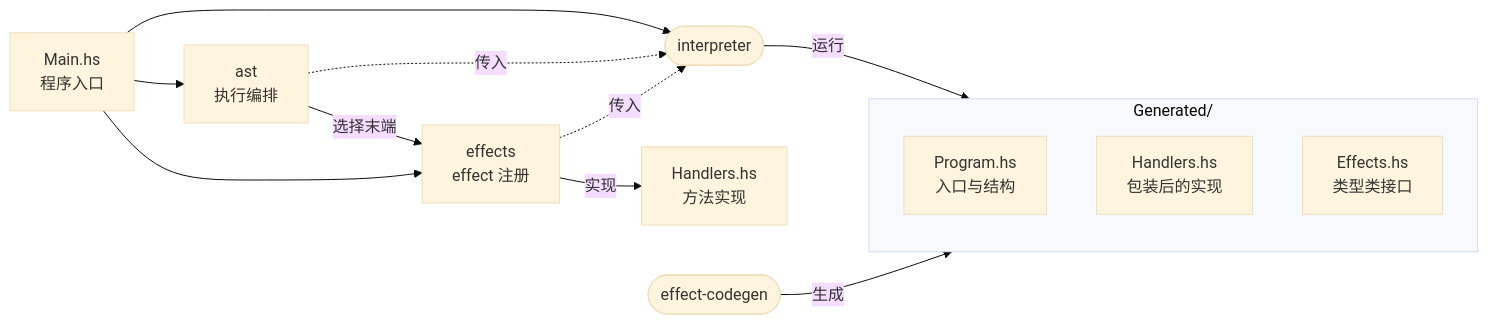
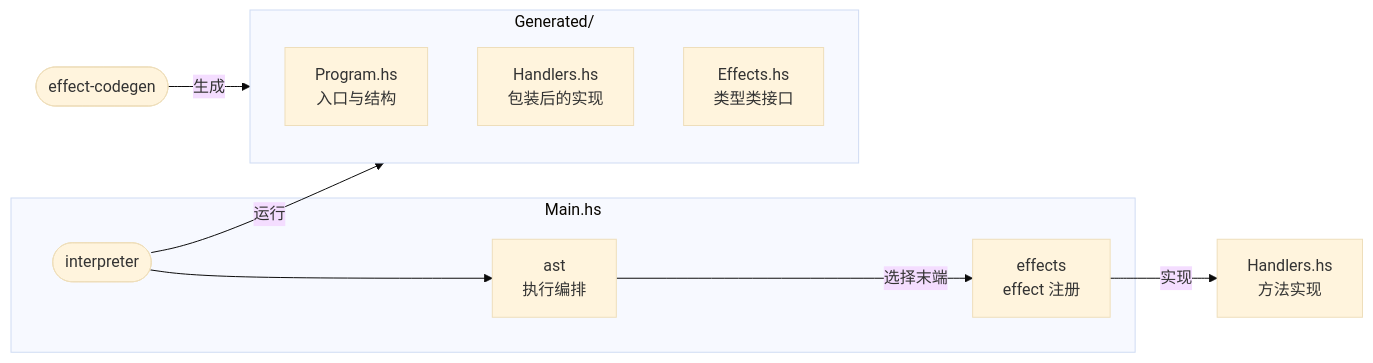
The diagram in README.md (cartesianc/algebraic-effect-sys-in-haskell), drawn with Mermaid (base theme) before and after one commit. The commit also changed other lines of this file, not shown here.

Commit message:
docs: draw Main as interpreter, ast and effects in the README diagram

````diff
--- a/README.md
+++ b/README.md
@@ -43,19 +43,17 @@
 ```mermaid
 flowchart LR
-  Main["Main.hs<br/>程序入口"] --> Interp(["interpreter"])
-  Main --> AST["ast<br/>执行编排"]
-  Main --> Effects["effects<br/>effect 注册"]
-  AST -. 传入 .-> Interp
-  Effects -. 传入 .-> Interp
-  AST -- 选择末端 --> Effects
+  subgraph Main["Main.hs"]
+    Interp(["interpreter"]) --> AST["ast<br/>执行编排"]
+    AST -- 选择末端 --> Effects["effects<br/>effect 注册"]
+  end
   Effects -- 实现 --> Handlers["Handlers.hs<br/>方法实现"]
   Interp -- 运行 --> Generated
 
   subgraph Generated["Generated/"]
     Program["Program.hs<br/>入口与结构"]
     GenHandlers["Handlers.hs<br/>包装后的实现"]
     GenEffects["Effects.hs<br/>类型类接口"]
   end
 
   Codegen(["effect-codegen"]) -- 生成 --> Generated
 ```
````
